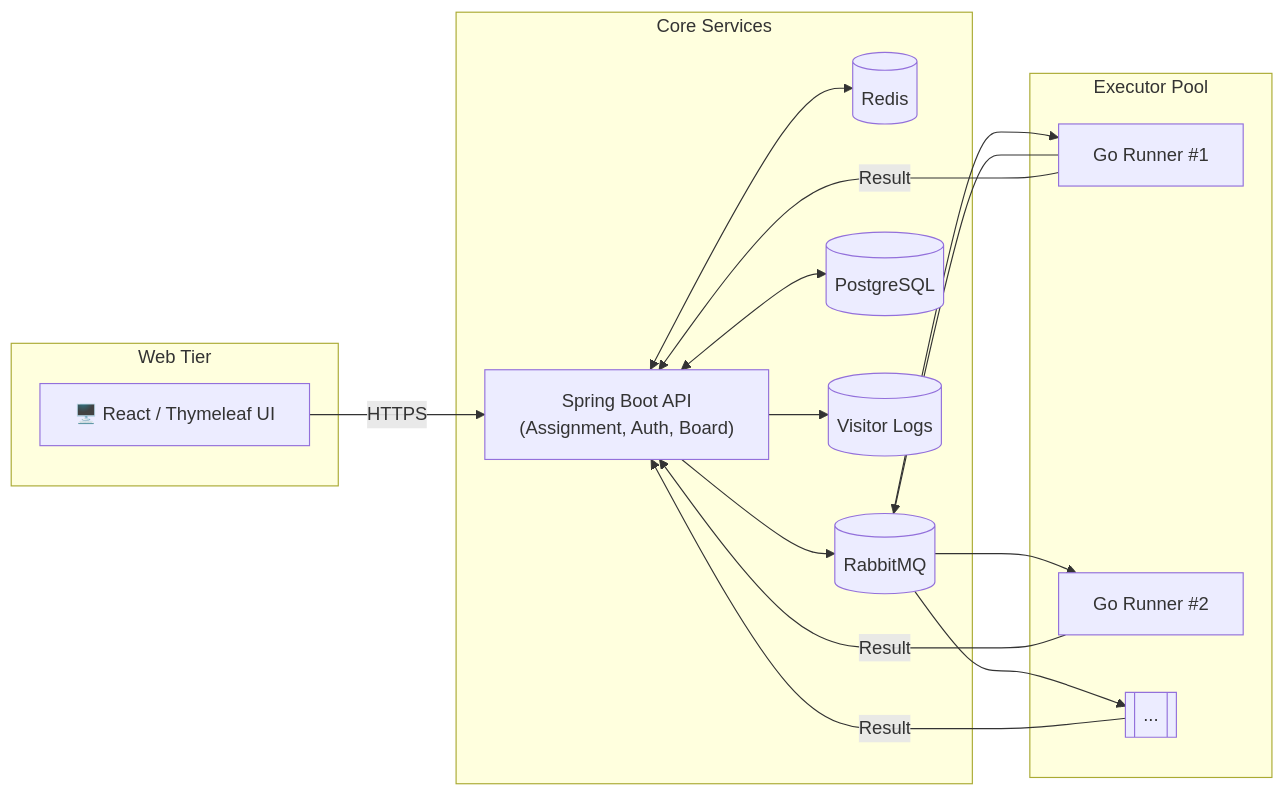
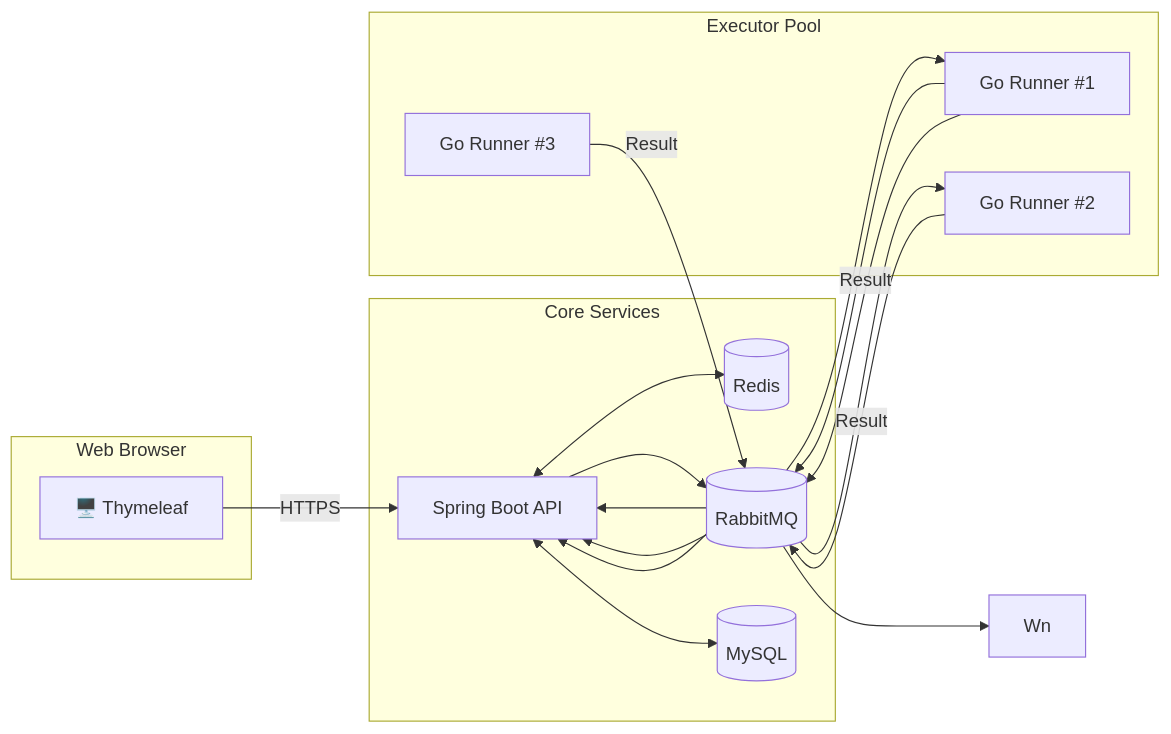
One commit to Feedbaek/JHP-World changed the diagram in README.md. Above: the diagram before and after it, drawn with Mermaid. The commit also changed other lines of this file, not shown here.

Commit message:
Docs: README.md 파일 수정

````diff
--- a/README.md
+++ b/README.md
@@ -33,31 +33,29 @@
 ```mermaid
 flowchart LR
-    subgraph Web Tier
-        UI["🖥️ React / Thymeleaf UI"]
+    subgraph Web Browser
+        UI["🖥️ Thymeleaf"]
     end
 
     subgraph Core Services
-        A["Spring Boot API\n(Assignment, Auth, Board)"]
+        A["Spring Boot API"]
         R[(Redis)]
         Q[(RabbitMQ)]
-        DB[(PostgreSQL)]
-        LOG[(Visitor Logs)]
+        DB[(MySQL)]
     end
 
     subgraph Executor Pool
         W1["Go Runner #1"]
         W2["Go Runner #2"]
-        Wn[[...]]
+        W3["Go Runner #3"]
     end
 
     UI -->|HTTPS| A
     A <--> R
     A <--> DB
     A --> Q
     Q --> W1 & W2 & Wn
     W1 --> Q
-    W1 -->|Result| A
-    W2 -->|Result| A
-    Wn -->|Result| A
-    A --> LOG
+    W1 -->|Result| Q --> A
+    W2 -->|Result| Q --> A
+    W3 -->|Result| Q --> A
 ```
````
